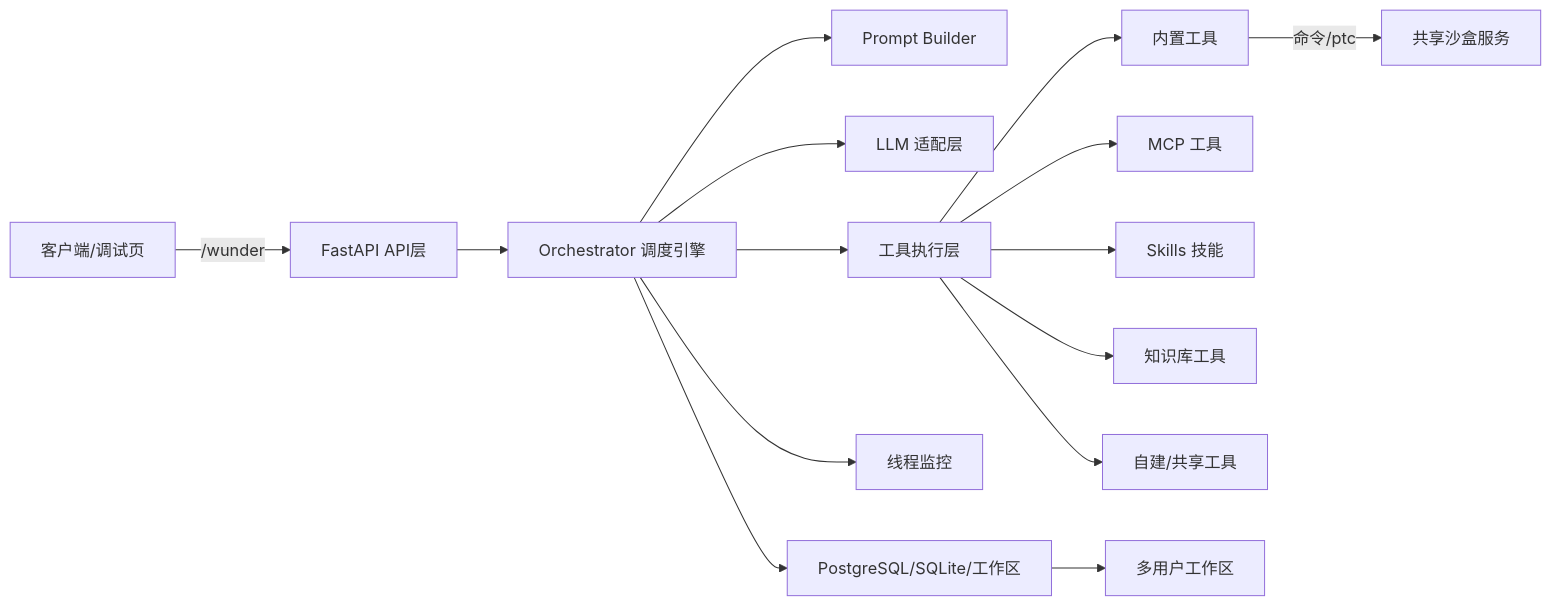
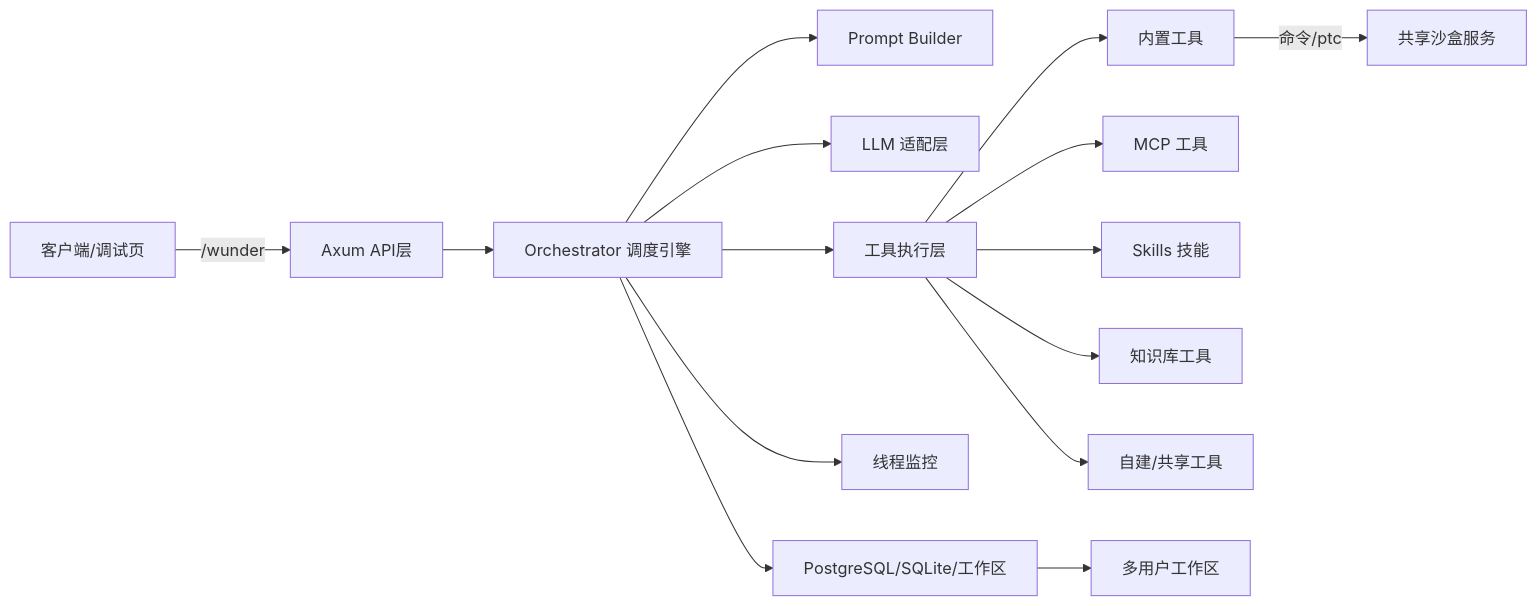
One commit to ylsdamxssjxxdd/wunder changed the first of 5 diagrams in docs/系统介绍.md. Above: the diagram before and after it, drawn with Mermaid. The commit also changed other lines of this file and 68 other files, not shown here.

````diff
--- a/docs/系统介绍.md
+++ b/docs/系统介绍.md
@@ -17,17 +19,17 @@
 ```mermaid
 flowchart LR
-  Client[客户端/调试页] -->|/wunder| API[FastAPI API层]
+  Client[客户端/调试页] -->|/wunder| API[Axum API层]
   API --> Orchestrator[Orchestrator 调度引擎]
   Orchestrator --> Prompt[Prompt Builder]
   Orchestrator --> LLM[LLM 适配层]
   Orchestrator --> Tools[工具执行层]
   Tools --> Builtin[内置工具]
   Tools --> MCP[MCP 工具]
   Tools --> Skills[Skills 技能]
   Tools --> KB[知识库工具]
   Tools --> UserTools[自建/共享工具]
   Builtin -->|命令/ptc| Sandbox[共享沙盒服务]
   Orchestrator --> Monitor[线程监控]
   Orchestrator --> Storage[PostgreSQL/SQLite/工作区]
   Storage --> Workspaces[多用户工作区]
 ```
````
